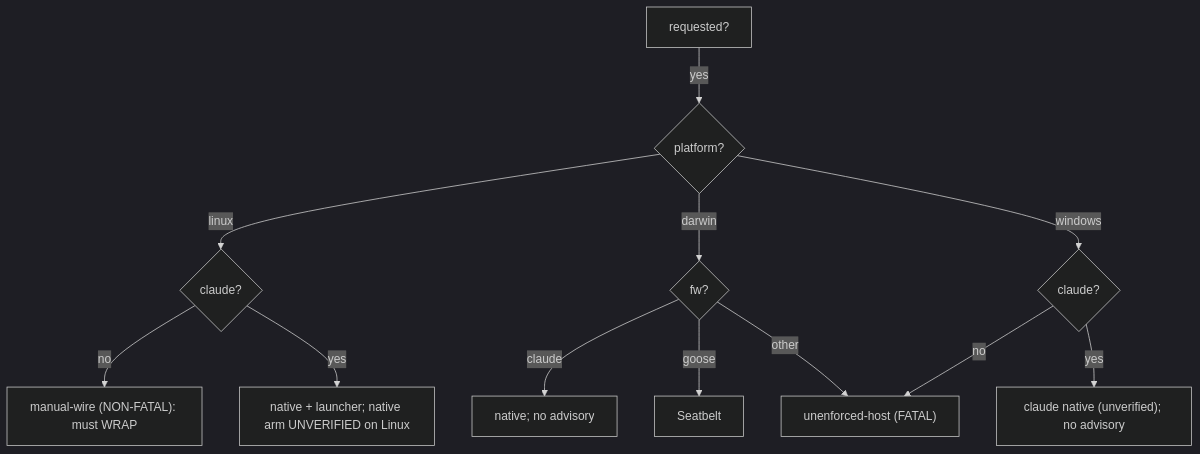
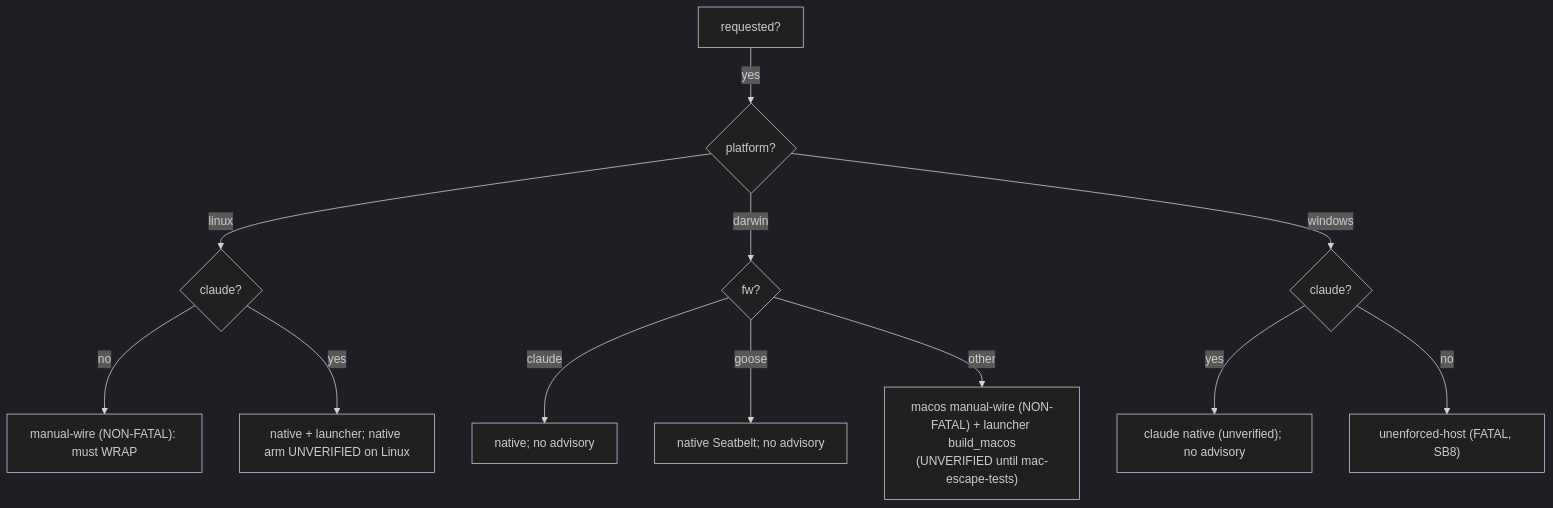
The diagram in docs_src/agentteams-sandboxing-guide/for-researchers/part-iii-the-decision.md (jlcatonjr/agentteams), drawn with Mermaid (dark theme) before and after one commit. The commit also changed other lines of this file and 16 other files, not shown here.

First line of the commit message:
docs(sandboxing): document the macOS augmentation of the confinement launcher

````diff
--- a/docs_src/agentteams-sandboxing-guide/for-researchers/part-iii-the-decision.md
+++ b/docs_src/agentteams-sandboxing-guide/for-researchers/part-iii-the-decision.md
@@ -19,14 +24,14 @@
 ```mermaid
 flowchart TD
     Q[requested?] -->|yes| P{platform?}
     P -->|linux| FW{claude?}
     FW -->|no| ML["manual-wire (NON-FATAL): must WRAP"]
     FW -->|yes| CN["native + launcher; native arm UNVERIFIED on Linux"]
     P -->|darwin| DF{fw?}
     DF -->|claude| CNd["native; no advisory"]
-    DF -->|goose| SBn[Seatbelt]
-    DF -->|other| UH["unenforced-host (FATAL)"]
+    DF -->|goose| SBn["native Seatbelt; no advisory"]
+    DF -->|other| MM["macos manual-wire (NON-FATAL) + launcher build_macos<br/>(UNVERIFIED until mac-escape-tests)"]
     P -->|windows| WF{claude?}
     WF -->|yes| CWr["claude native (unverified); no advisory"]
-    WF -->|no| UH
+    WF -->|no| UH["unenforced-host (FATAL, SB8)"]
 ```
````
